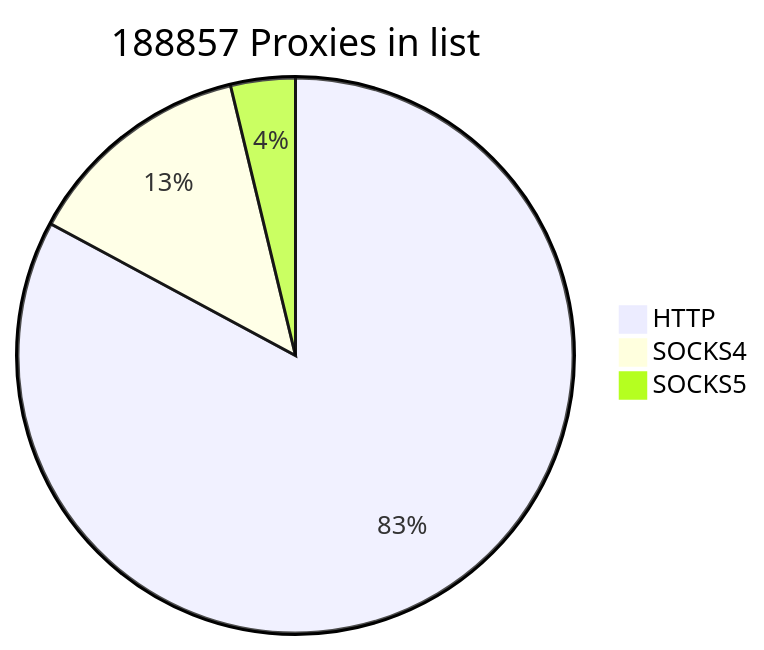
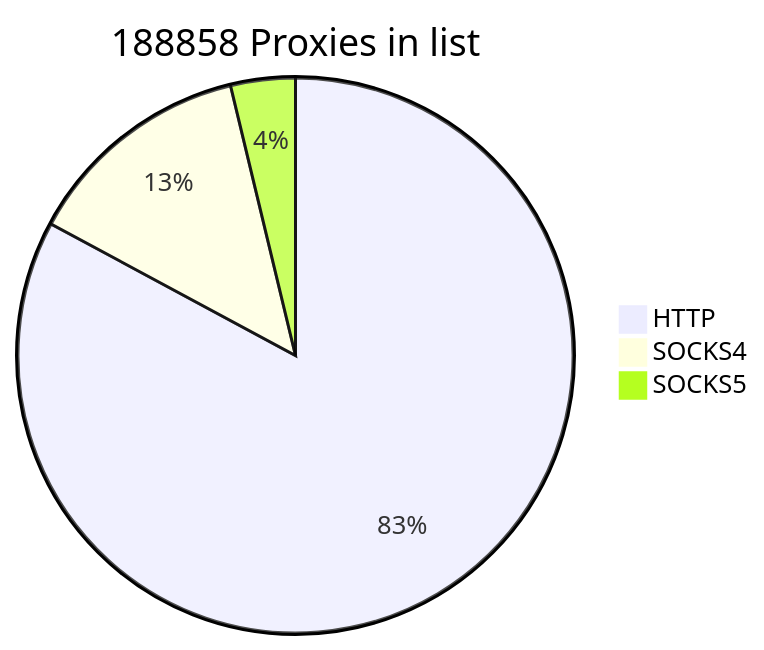
The first of 2 diagrams in README.md (cutipu/proxylist), drawn with Mermaid before and after one commit. The commit also changed other lines of this file, not shown here.

````diff
--- a/README.md
+++ b/README.md
@@ -2,7 +2,7 @@
 ```mermaid
-pie title 188857 Proxies in list
-    "HTTP" : 156478
+pie title 188858 Proxies in list
+    "HTTP" : 156479
     "SOCKS4" : 25276
     "SOCKS5" : 7103
             
 ```
````
